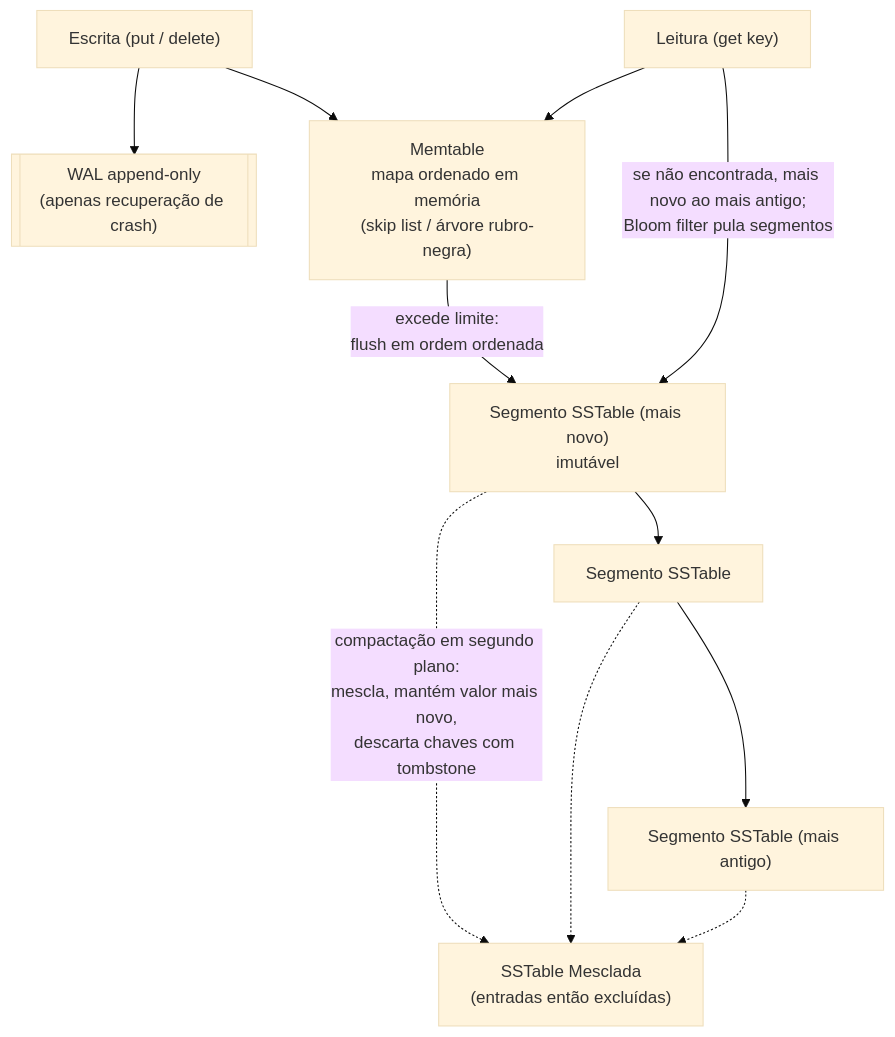
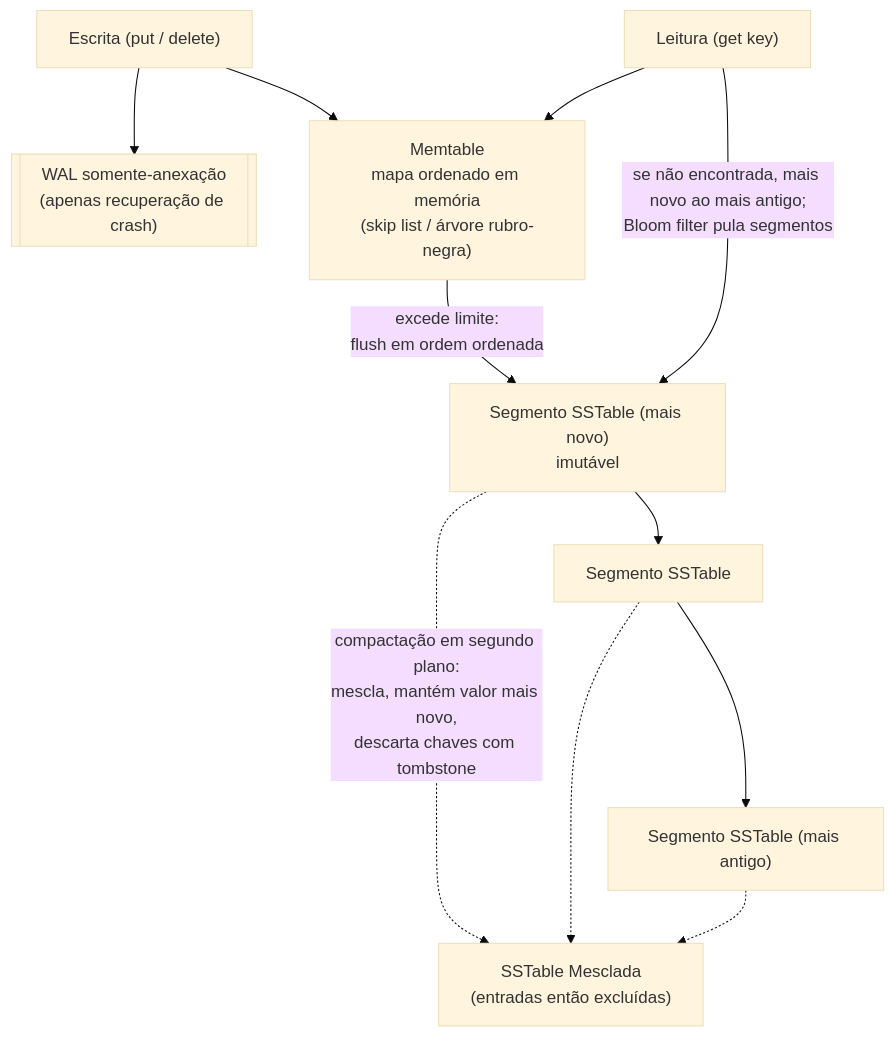
Before and after one commit to alexcastrodev/my-university: the diagram in backend/src/seed/data/system-design-concepts/content/oltp-storage-btrees-vs-lsm-trees/pt-BR.md, drawn with Mermaid (base theme). The commit also changed other lines of this file and 102 other files, not shown here.

````diff
--- a/backend/src/seed/data/system-design-concepts/content/oltp-storage-btrees-vs-lsm-trees/pt-BR.md
+++ b/backend/src/seed/data/system-design-concepts/content/oltp-storage-btrees-vs-lsm-trees/pt-BR.md
@@ -43,13 +43,13 @@
 ```mermaid
 flowchart TD
-    W["Escrita (put / delete)"] --> WAL[["WAL append-only<br/>(apenas recuperação de crash)"]]
+    W["Escrita (put / delete)"] --> WAL[["WAL somente-anexação<br/>(apenas recuperação de crash)"]]
     W --> MT["Memtable<br/>mapa ordenado em memória<br/>(skip list / árvore rubro-negra)"]
     MT -->|"excede limite:<br/>flush em ordem ordenada"| L0["Segmento SSTable (mais novo)<br/>imutável"]
     L0 --> S1["Segmento SSTable"]
     S1 --> S2["Segmento SSTable (mais antigo)"]
     L0 -.->|compactação em segundo plano:<br/>mescla, mantém valor mais novo,<br/>descarta chaves com tombstone| MERGED["SSTable Mesclada<br/>(entradas então excluídas)"]
     S1 -.-> MERGED
     S2 -.-> MERGED
     R["Leitura (get key)"] --> MT
     R -->|"se não encontrada, mais novo ao mais antigo;<br/>Bloom filter pula segmentos"| L0
 ```
````
